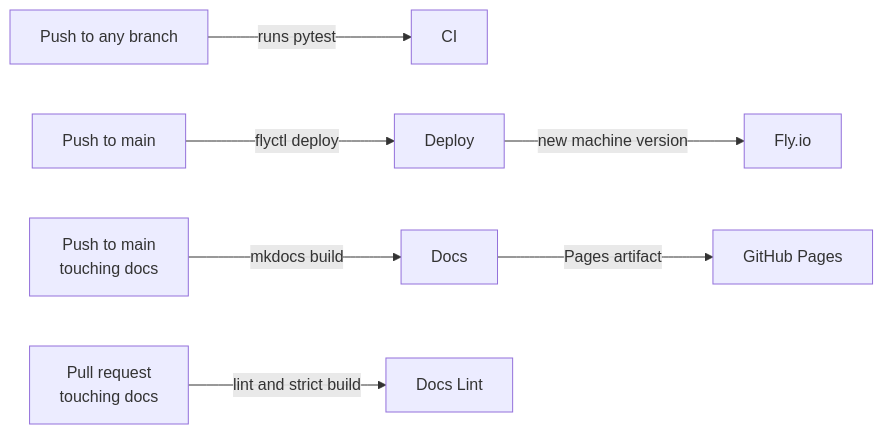
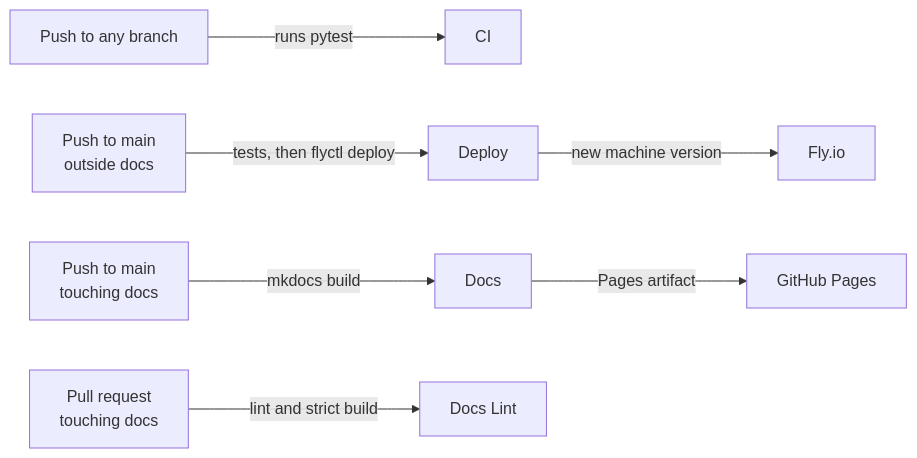
One commit to willtheorangeguy/ucac-certs changed the diagram in docs/ci-cd.md. Above: the diagram before and after it, drawn with Mermaid. The commit also changed other lines of this file and 21 other files, not shown here.

````diff
--- a/docs/ci-cd.md
+++ b/docs/ci-cd.md
@@ -6,9 +6,9 @@
 ```mermaid
 graph LR
   P[Push to any branch] -->|runs pytest| CI[CI]
-  M[Push to main] -->|flyctl deploy| DP[Deploy]
+  M[Push to main<br>outside docs] -->|tests, then flyctl deploy| DP[Deploy]
   D[Push to main<br>touching docs] -->|mkdocs build| DOC[Docs]
   R[Pull request<br>touching docs] -->|lint and strict build| DL[Docs Lint]
   DP -->|new machine version| F[Fly.io]
   DOC -->|Pages artifact| G[GitHub Pages]
 ```
````
